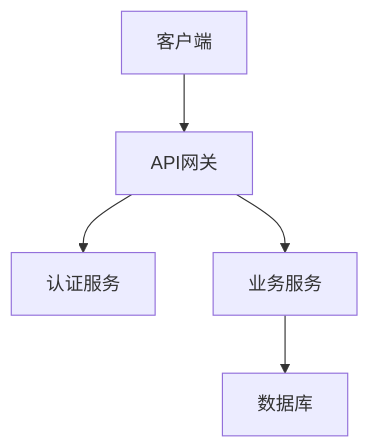
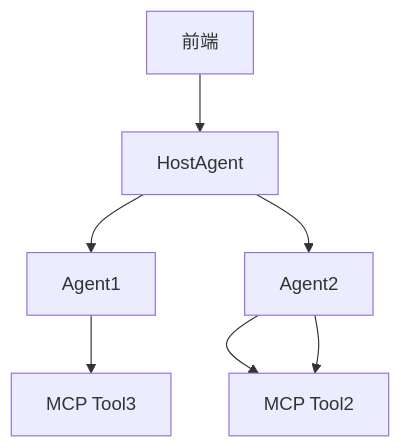
One commit to qingqinggit1/A2AServer changed the diagram in README_ZH.md. Above: the diagram before and after it, drawn with Mermaid.

Commit message:
2025-05-11_10:39

````diff
--- a/README_ZH.md
+++ b/README_ZH.md
@@ -130,7 +130,9 @@
 ```mermaid
 graph TD
-    A[客户端] --> B[API网关]
-    B --> C[认证服务]
-    B --> D[业务服务]
-    D --> E[数据库]
+    A[前端] --> B[HostAgent]
+    B --> C[Agent1]
+    B --> D[Agent2]
+    D --> E[MCP Tool1]
+    D --> E[MCP Tool2]
+    C --> M[MCP Tool3]
 ```
````
